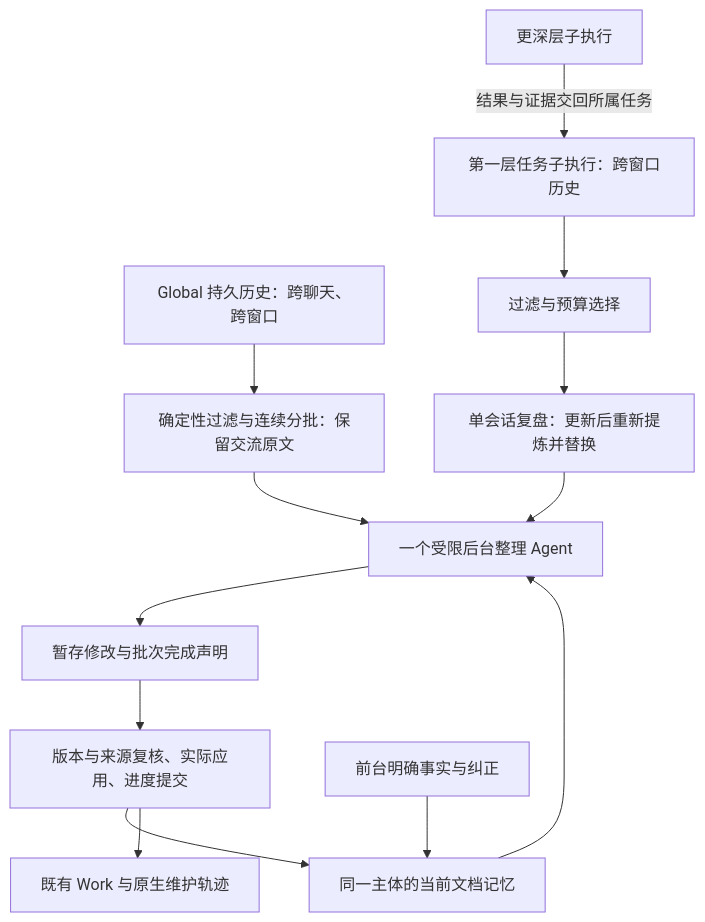
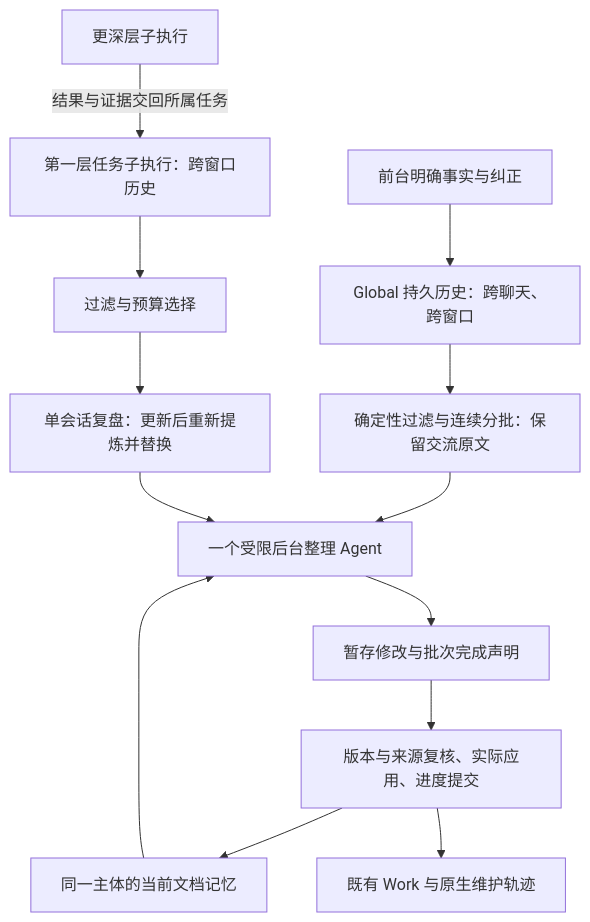
One commit to Mrchen116/nano-multiagent changed the diagram in docs/changes/feat-676-role-memory-dreaming/design.md. Above: the diagram before and after it, drawn with Mermaid. The commit also changed other lines of this file and 8 other files, not shown here.

````diff
--- a/docs/changes/feat-676-role-memory-dreaming/design.md
+++ b/docs/changes/feat-676-role-memory-dreaming/design.md
@@ -54,14 +54,14 @@
 ```mermaid
 flowchart TD
   G[Global 持久历史：跨聊天、跨窗口] --> F[确定性过滤与连续分批：保留交流原文]
   A[第一层任务子执行：跨窗口历史] --> X[过滤与预算选择] --> S[单会话复盘：更新后重新提炼并替换]
   C[更深层子执行] -->|结果与证据交回所属任务| A
   F --> D[一个受限后台整理 Agent]
   S --> D
   M[同一主体的当前文档记忆] --> D
   D --> P[暂存修改与批次完成声明]
   P --> V[版本与来源复核、实际应用、进度提交]
   V --> M
   V --> W[既有 Work 与原生维护轨迹]
-  I[前台明确事实与纠正] --> M
+  I[前台明确事实与纠正] --> G
 ```
````
